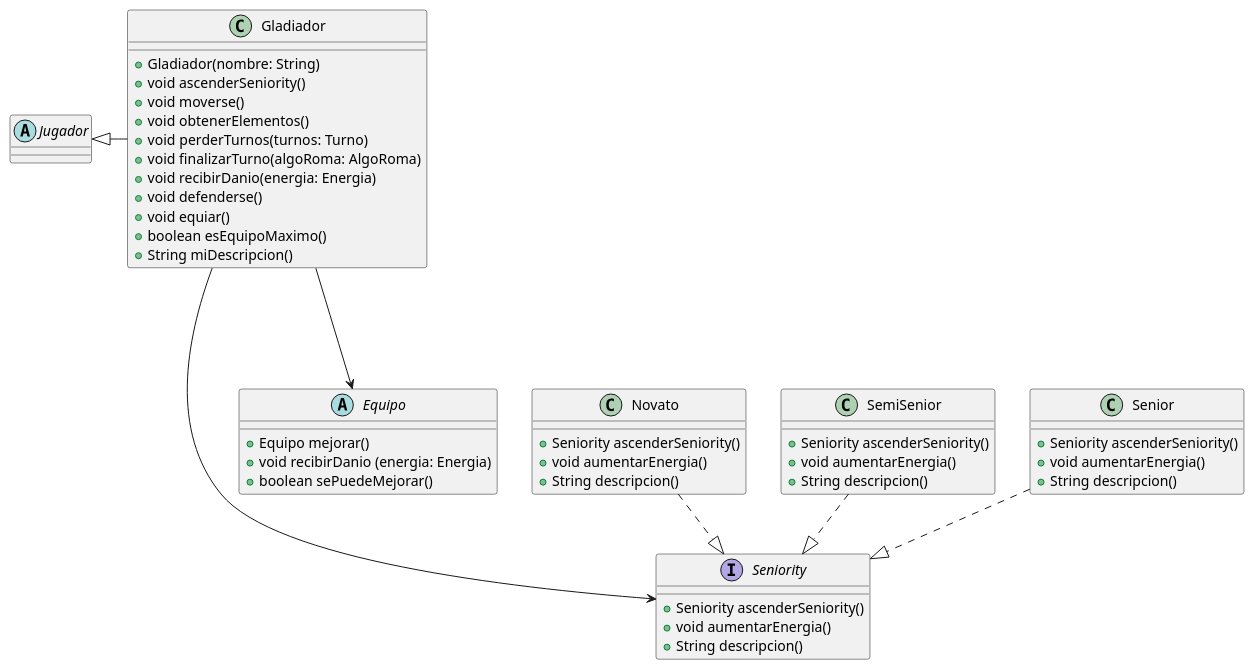
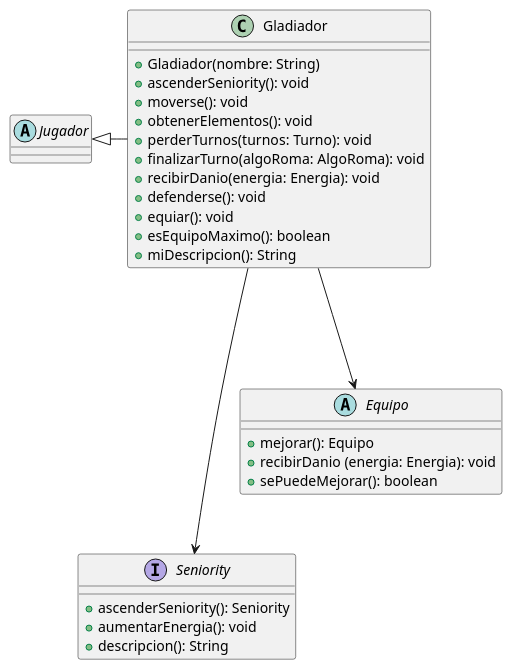
Before and after one commit to CrissRMFI/TP2-AlgoIII: the diagram in diagrams/classes/Gladiador.puml, drawn with PlantUML. The commit also changed 5 other files, not shown here.

Commit message:
Mas diagrams de clases

```diff
--- a/diagrams/classes/Gladiador.puml
+++ b/diagrams/classes/Gladiador.puml
@@ -1,56 +1,36 @@
 @startuml
 
 interface Seniority {
-    + Seniority ascenderSeniority()
-    + void aumentarEnergia()
-    + String descripcion()
+    + ascenderSeniority(): Seniority
+    + aumentarEnergia(): void
+    + descripcion(): String
 }
-
-class Novato {
-     + Seniority ascenderSeniority()
-     + void aumentarEnergia()
-     + String descripcion()
-}
-class SemiSenior{
-    + Seniority ascenderSeniority()
-    + void aumentarEnergia()
-    + String descripcion()
-   }
-class Senior {
-     + Seniority ascenderSeniority()
-     + void aumentarEnergia()
-     + String descripcion()
-}
-
-Novato ..|> Seniority
-SemiSenior ..|> Seniority
-Senior ..|> Seniority
 
 Gladiador ----> Seniority
 Gladiador ---> Equipo
 abstract class Equipo {
-    + Equipo mejorar()
-    + void recibirDanio (energia: Energia)
-    + boolean sePuedeMejorar()
+    + mejorar(): Equipo
+    + recibirDanio (energia: Energia): void
+    + sePuedeMejorar(): boolean
     
 }
 abstract class Jugador {
 }
 Jugador <|- Gladiador
 class Gladiador {
 
     + Gladiador(nombre: String)
-    + void ascenderSeniority()
-    + void moverse()
-    + void obtenerElementos()
-    + void perderTurnos(turnos: Turno)
-    + void finalizarTurno(algoRoma: AlgoRoma)
-    + void recibirDanio(energia: Energia)
-    + void defenderse()
-    + void equiar()
-    + boolean esEquipoMaximo()
-    + String miDescripcion()
+    + ascenderSeniority(): void
+    + moverse(): void
+    + obtenerElementos(): void
+    + perderTurnos(turnos: Turno): void
+    + finalizarTurno(algoRoma: AlgoRoma): void
+    + recibirDanio(energia: Energia): void
+    + defenderse(): void
+    + equiar(): void
+    + esEquipoMaximo(): boolean
+    + miDescripcion(): String
 
 }
 
 @enduml
```
